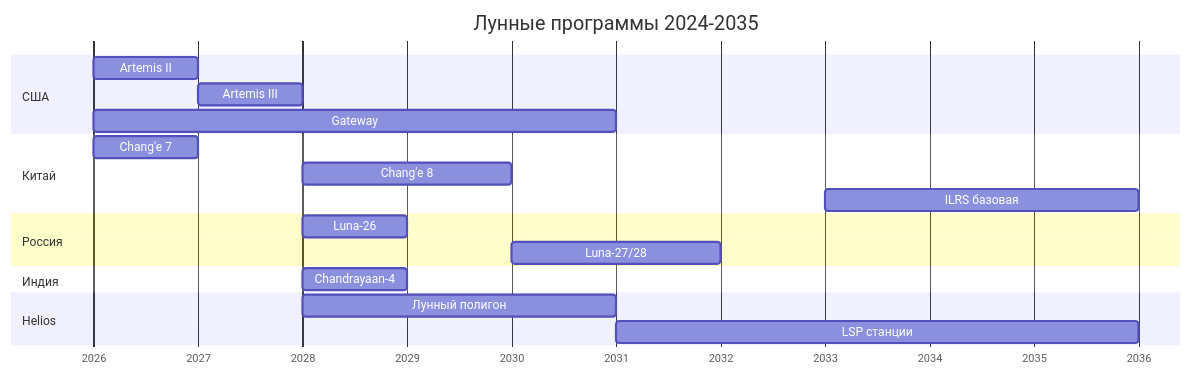
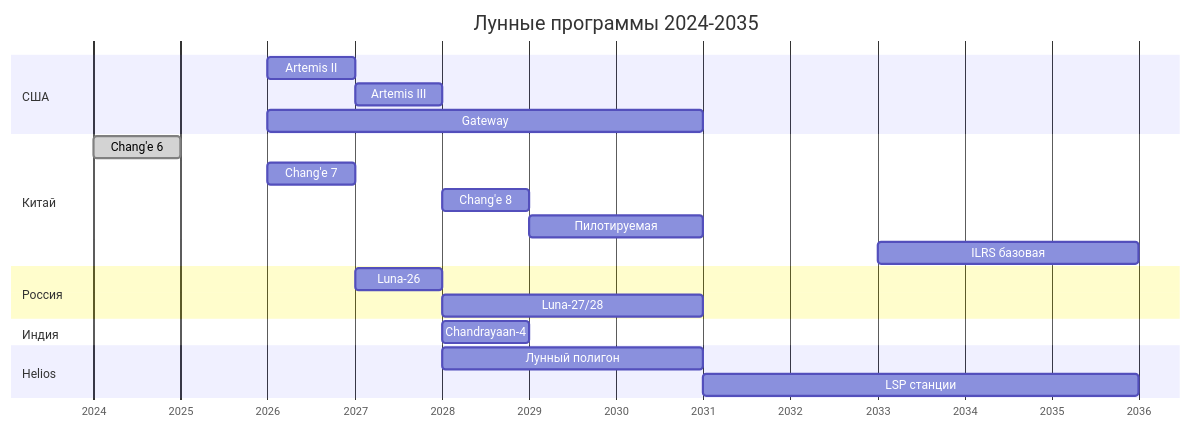
One commit to DmitryNasikanov/infinite-energy changed the second of 3 diagrams in ru/science/detailed/delivery.qmd. Above: the diagram before and after it, drawn with Mermaid. The commit also changed other lines of this file and 66 other files, not shown here.

````diff
--- a/ru/science/detailed/delivery.qmd
+++ b/ru/science/detailed/delivery.qmd
@@ -208,28 +213,30 @@
 ```{mermaid}
 %%| fig-width: 9
 gantt
     title Лунные программы 2024-2035
     dateFormat YYYY
     axisFormat %Y
 
     section США
     Artemis II          :2026, 1y
     Artemis III         :2027, 1y
     Gateway             :2026, 5y
 
     section Китай
+    Chang'e 6           :done, 2024, 1y
     Chang'e 7           :2026, 1y
-    Chang'e 8           :2028, 2y
+    Chang'e 8           :2028, 1y
+    Пилотируемая        :2029, 2y
     ILRS базовая        :2033, 3y
 
     section Россия
-    Luna-26             :2028, 1y
-    Luna-27/28          :2030, 2y
+    Luna-26             :2027, 1y
+    Luna-27/28          :2028, 3y
 
     section Индия
     Chandrayaan-4       :2028, 1y
 
     section Helios
     Лунный полигон      :2028, 3y
     LSP станции         :2031, 5y
 ```
````
